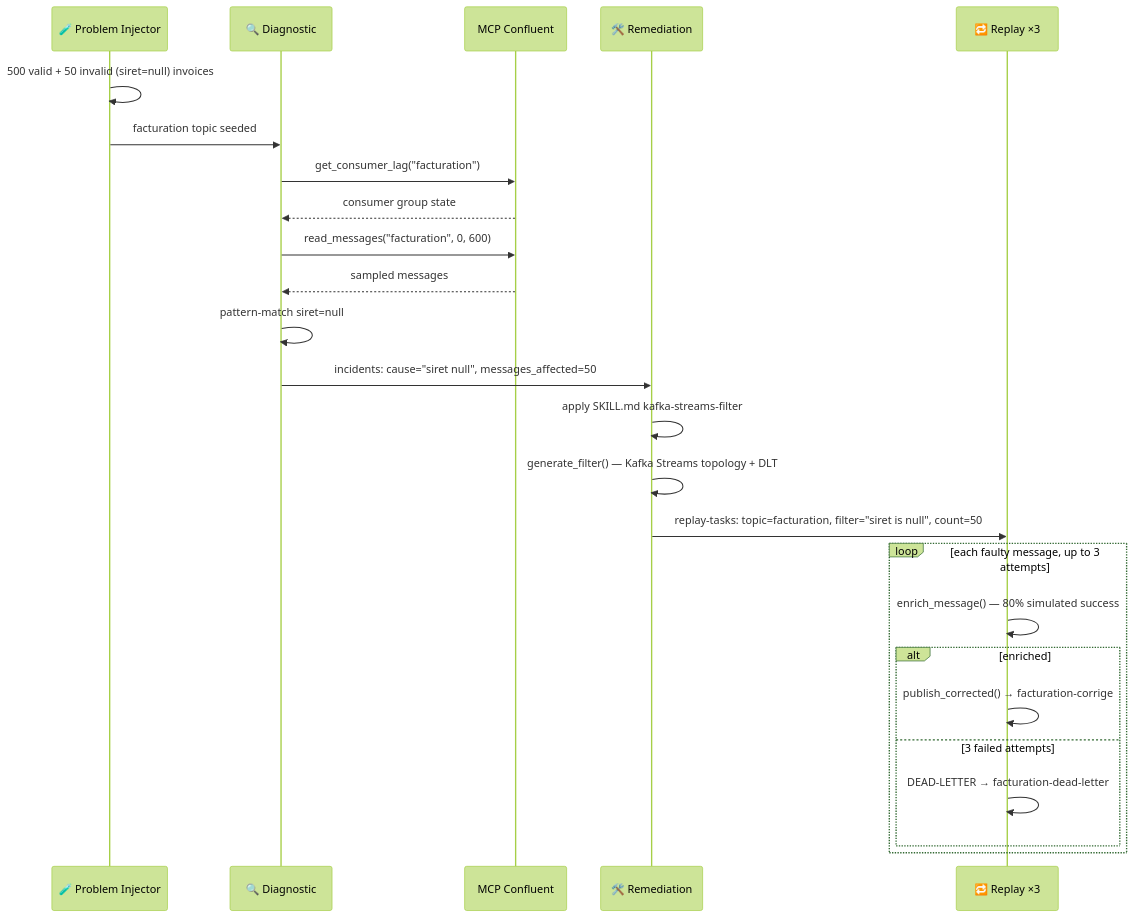
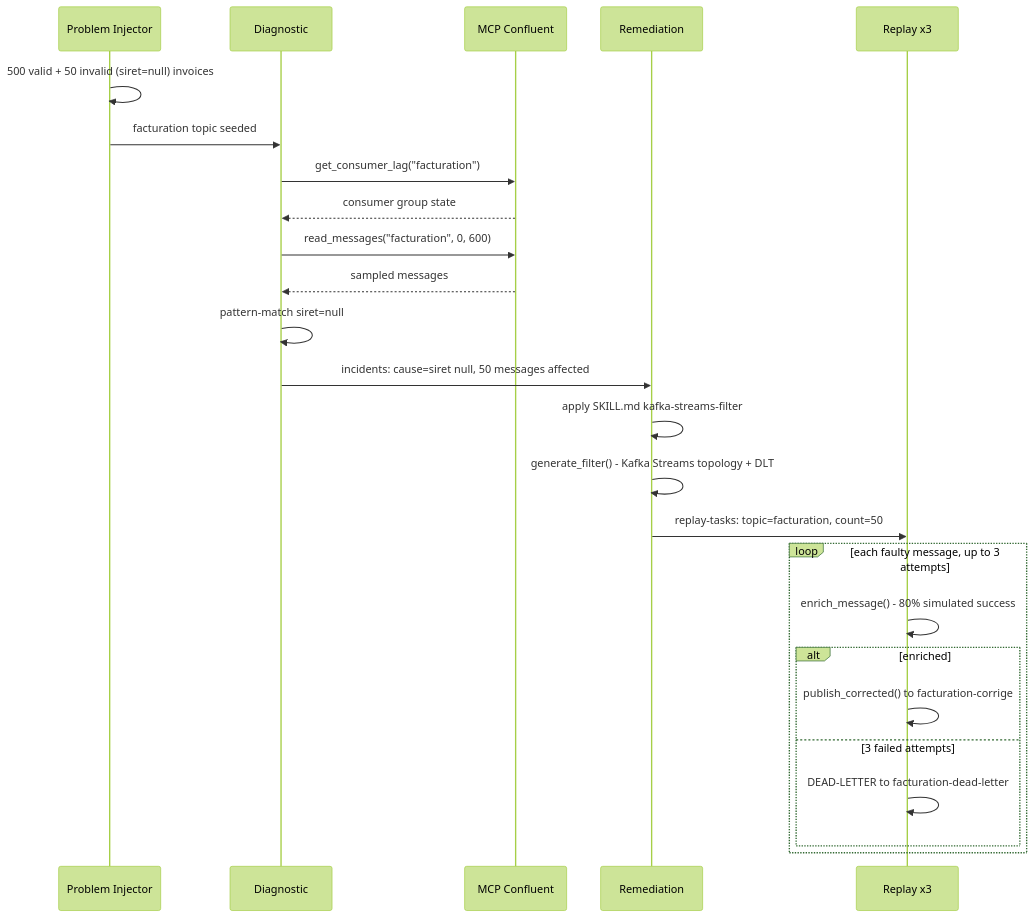
Before and after one commit to arabaaoui/kafka-ops-agents: the second of 3 diagrams in README.md, drawn with Mermaid (forest theme). The commit also changed other lines of this file, not shown here.

Commit message:
fix: remove emojis and special chars from all mermaid diagrams for GitHub compatibility

````diff
--- a/README.md
+++ b/README.md
@@ -40,28 +40,28 @@
 ```mermaid
 sequenceDiagram
-    participant PI as 🧪 Problem Injector
-    participant D as 🔍 Diagnostic
+    participant PI as Problem Injector
+    participant D as Diagnostic
     participant M as MCP Confluent
-    participant R as 🛠️ Remediation
-    participant P as 🔁 Replay ×3
+    participant R as Remediation
+    participant P as Replay x3
 
     PI->>PI: 500 valid + 50 invalid (siret=null) invoices
     PI->>D: facturation topic seeded
     D->>M: get_consumer_lag("facturation")
     M-->>D: consumer group state
     D->>M: read_messages("facturation", 0, 600)
     M-->>D: sampled messages
     D->>D: pattern-match siret=null
-    D->>R: incidents: cause="siret null", messages_affected=50
+    D->>R: incidents: cause=siret null, 50 messages affected
     R->>R: apply SKILL.md kafka-streams-filter
-    R->>R: generate_filter() — Kafka Streams topology + DLT
-    R->>P: replay-tasks: topic=facturation, filter="siret is null", count=50
+    R->>R: generate_filter() - Kafka Streams topology + DLT
+    R->>P: replay-tasks: topic=facturation, count=50
     loop each faulty message, up to 3 attempts
-        P->>P: enrich_message() — 80% simulated success
+        P->>P: enrich_message() - 80% simulated success
         alt enriched
-            P->>P: publish_corrected() → facturation-corrige
+            P->>P: publish_corrected() to facturation-corrige
         else 3 failed attempts
-            P->>P: DEAD-LETTER → facturation-dead-letter
+            P->>P: DEAD-LETTER to facturation-dead-letter
         end
     end
 ```
````
